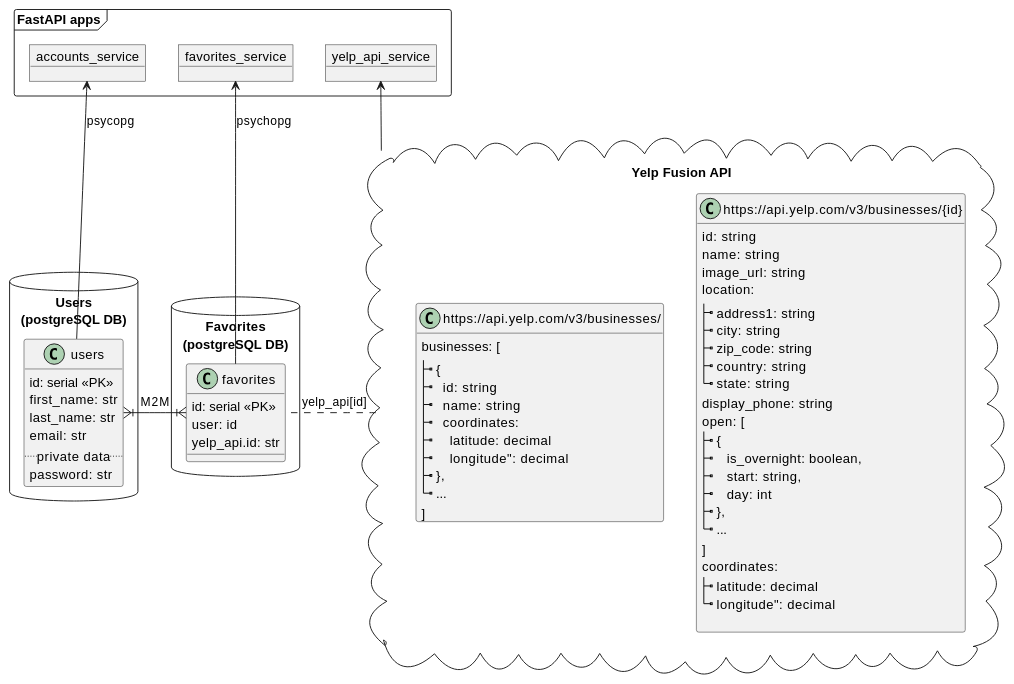
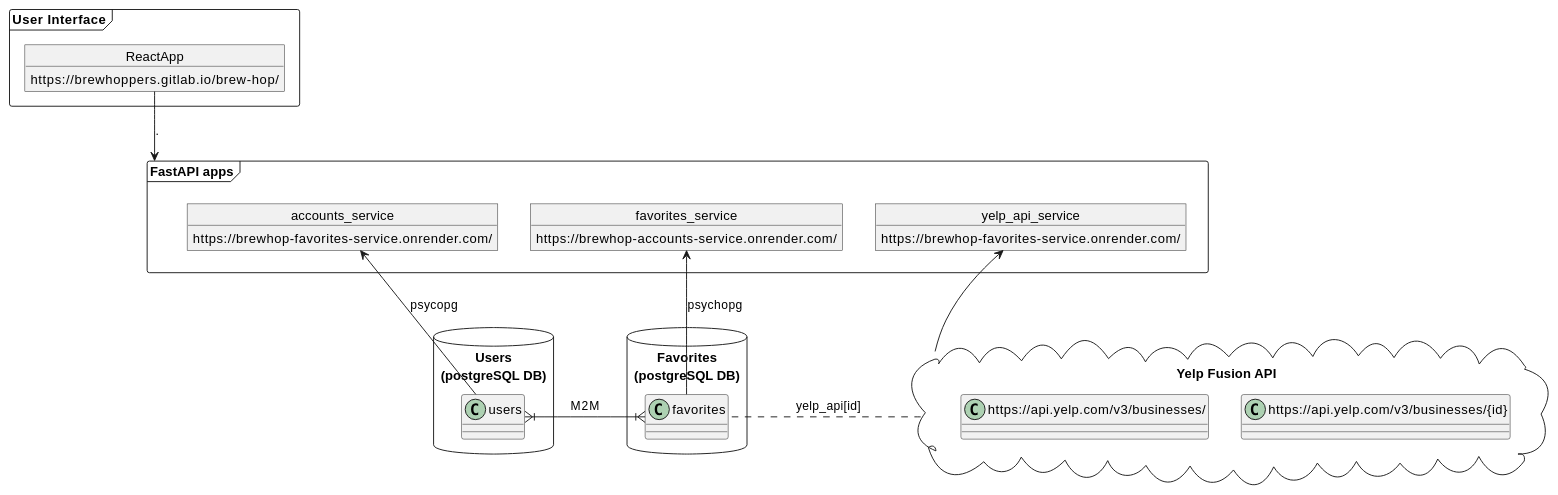
The diagram in docs/datamodel.md (hollyquach/BrewHop), drawn with PlantUML before and after one commit. The commit also changed 12 other files, not shown here.

````diff
--- a/docs/datamodel.md
+++ b/docs/datamodel.md
@@ -3,77 +3,44 @@
 ```plantuml
 package "FastAPI apps" <<Frame>> {
     object accounts_service {
+        https://brewhop-favorites-service.onrender.com/
     }
-    
     object favorites_service {
+        https://brewhop-accounts-service.onrender.com/
     }
+    object yelp_api_service {
+        https://brewhop-favorites-service.onrender.com/
+    }
+}
 
-    object yelp_api_service {
+package "User Interface" <<Frame>> {
+    object ReactApp {
+        https://brewhoppers.gitlab.io/brew-hop/
     }
 }
 
 package "Users\n(postgreSQL DB)" <<Database>> {
     class users {
-        id: serial <<PK>>
-        first_name: str
-        last_name: str
-        email: str
-        .. private data ..
-        password: str
     }
 }
 
 package "Favorites\n(postgreSQL DB)" <<Database>> {
     class favorites {
-        id: serial <<PK>>
-        user: id
-        yelp_api.id: str
     }
 }
 
 package "Yelp Fusion API" <<Cloud>> {
   class yelpdetail as "https://api.yelp.com/v3/businesses/{id}" {
-    id: string
-    name: string
-    image_url: string
-    location: 
-    |_ address1: string
-    |_ city: string
-    |_ zip_code: string
-    |_ country: string
-    |_ state: string
-    display_phone: string
-    open: [
-    |_ {
-    |_    is_overnight: boolean,
-    |_    start: string,
-    |_    day: int
-    |_ },
-    |_ ...
-    ]
-    coordinates:
-    |_ latitude: decimal
-    |_ longitude": decimal
+  }
+  class yelplist as "https://api.yelp.com/v3/businesses/" {
+  }
+}
 
-  }
-
-  class yelplist as "https://api.yelp.com/v3/businesses/" {
-    businesses: [
-    |_ {
-    |_   id: string
-    |_   name: string
-    |_   coordinates:
-    |_     latitude: decimal
-    |_     longitude": decimal
-    |_ },
-    |_ ...
-    ]
-  }
-
-}
+ReactApp --> "FastAPI apps": .
 users }|-left-|{ favorites : M2M
 favorites_service <-- favorites : psychopg
 accounts_service <-- users : psycopg
 yelp_api_service <-- "Yelp Fusion API" : ""
 favorites .left. "Yelp Fusion API" : yelp_api[id]
+
 ```
````
